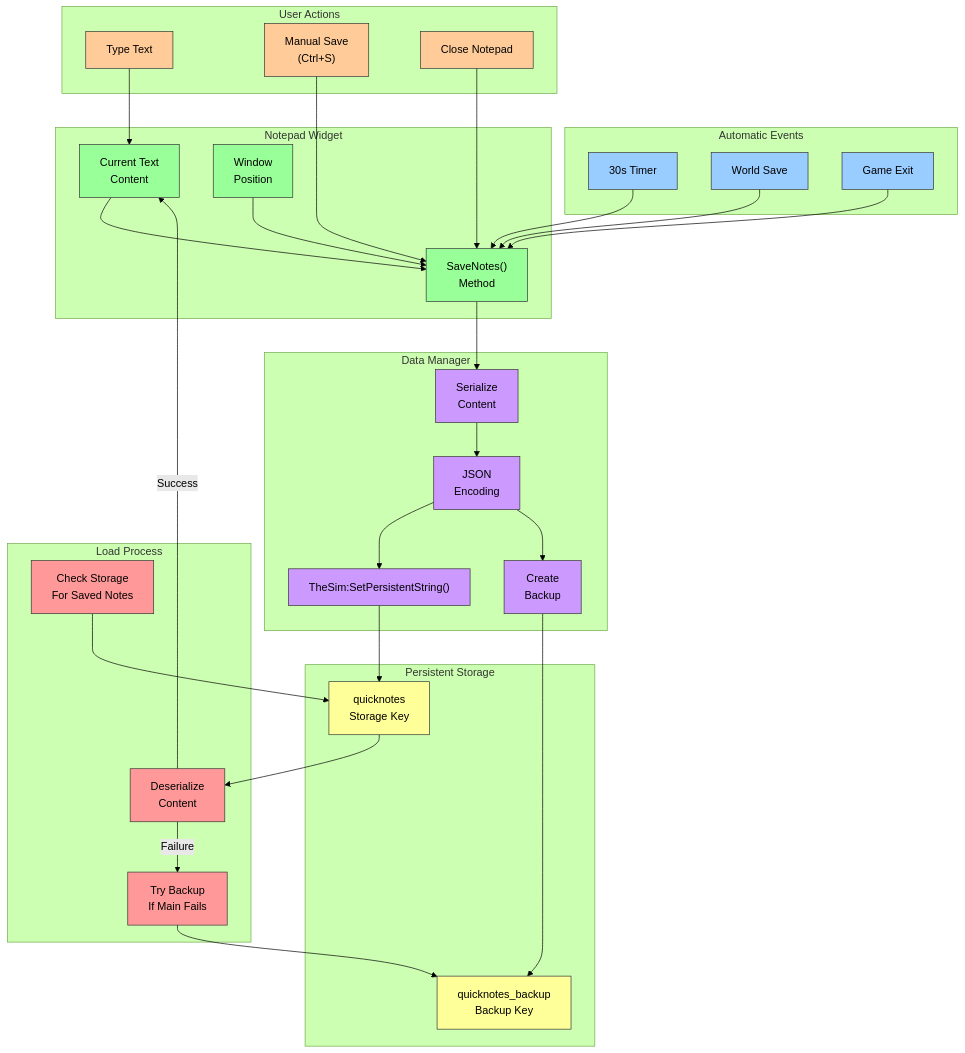
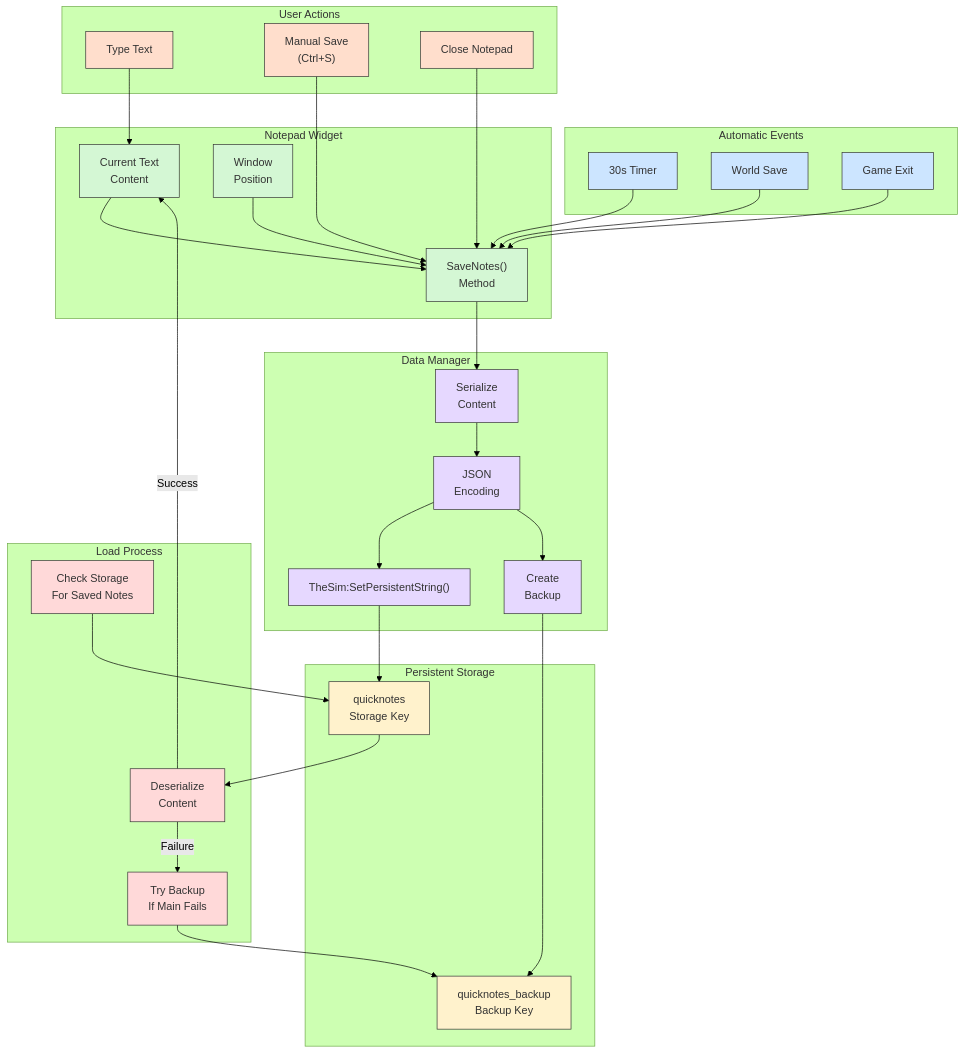
Before and after one commit to hegone/dst-quicknotes: the fifth of 7 diagrams in docs/visual_architecture.md, drawn with Mermaid (forest theme). The commit also changed other lines of this file, not shown here.

````diff
--- a/docs/visual_architecture.md
+++ b/docs/visual_architecture.md
@@ -228,81 +228,81 @@
 ```mermaid
 flowchart TD
     %% Data persistence flow
     subgraph UserActions["User Actions"]
         type["Type Text"]
         save["Manual Save\n(Ctrl+S)"]
         close["Close Notepad"]
     end
     
     subgraph AutoEvents["Automatic Events"]
         timer["30s Timer"]
         world_save["World Save"]
         game_exit["Game Exit"]
     end
     
     subgraph NotepadWidget["Notepad Widget"]
         content["Current Text\nContent"]
         position["Window\nPosition"]
         save_method["SaveNotes()\nMethod"]
     end
     
     subgraph DataManager["Data Manager"]
         serialize["Serialize\nContent"]
         json_encode["JSON\nEncoding"]
         persistence["TheSim:SetPersistentString()"]
         backup["Create\nBackup"]
     end
     
     subgraph Storage["Persistent Storage"]
         main_storage["quicknotes\nStorage Key"]
         backup_storage["quicknotes_backup\nBackup Key"]
     end
     
     %% Loading flow
     subgraph LoadFlow["Load Process"]
         check_storage["Check Storage\nFor Saved Notes"]
         deserialize["Deserialize\nContent"]
         load_fallback["Try Backup\nIf Main Fails"]
     end
     
     %% Connections - Saving
     type --> content
     save --> save_method
     close --> save_method
     timer --> save_method
     world_save --> save_method
     game_exit --> save_method
     
     content --> save_method
     position --> save_method
     save_method --> serialize
     
     serialize --> json_encode
     json_encode --> persistence
     json_encode --> backup
     
     persistence --> main_storage
     backup --> backup_storage
     
     %% Connections - Loading
     check_storage --> main_storage
     main_storage --> deserialize
     deserialize --"Failure"--> load_fallback
     load_fallback --> backup_storage
     deserialize --"Success"--> content
     
     %% Visual styling
-    classDef actions fill:#ffcc99,stroke:#333,stroke-width:1px
-    classDef events fill:#99ccff,stroke:#333,stroke-width:1px
-    classDef widget fill:#99ff99,stroke:#333,stroke-width:1px
-    classDef manager fill:#cc99ff,stroke:#333,stroke-width:1px
-    classDef storage fill:#ffff99,stroke:#333,stroke-width:1px
-    classDef loading fill:#ff9999,stroke:#333,stroke-width:1px
+    classDef actions fill:#ffdecc,stroke:#333,stroke-width:1px,color:#333
+    classDef events fill:#cce5ff,stroke:#333,stroke-width:1px,color:#333
+    classDef widget fill:#d4f7d4,stroke:#333,stroke-width:1px,color:#333
+    classDef manager fill:#e6d8ff,stroke:#333,stroke-width:1px,color:#333
+    classDef storage fill:#fff2cc,stroke:#333,stroke-width:1px,color:#333
+    classDef loading fill:#ffd9d9,stroke:#333,stroke-width:1px,color:#333
     
     class type,save,close actions
     class timer,world_save,game_exit events
     class content,position,save_method widget
     class serialize,json_encode,persistence,backup manager
     class main_storage,backup_storage storage
     class check_storage,deserialize,load_fallback loading
 ```
````
